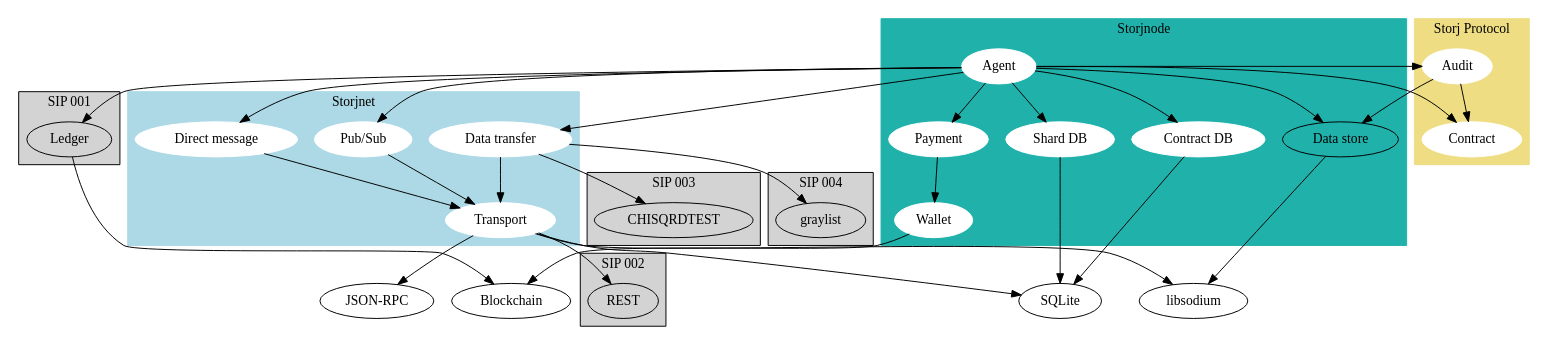
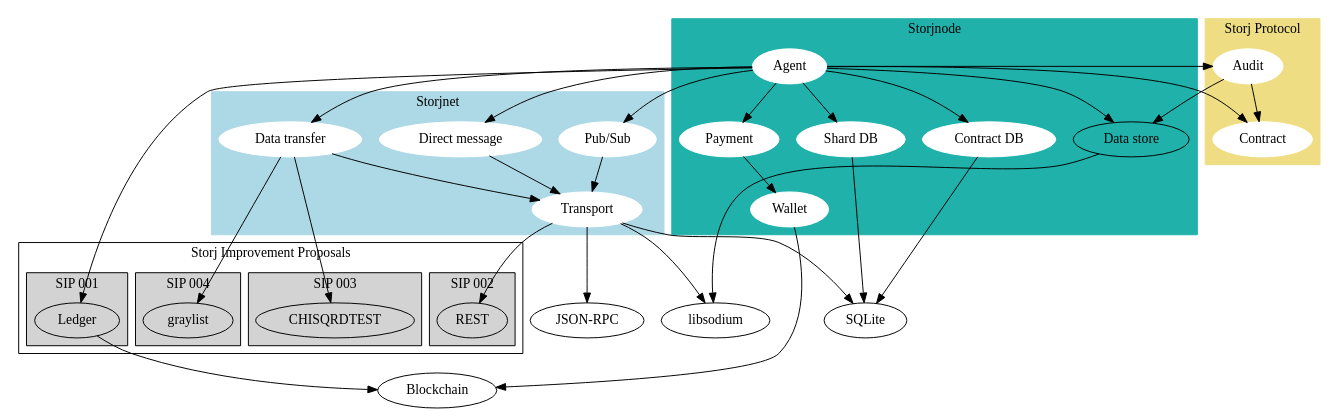
One commit to StorjOld/storjspec changed the diagram in docs/dependencies.dot. Above: the diagram before and after it, drawn with Graphviz. The commit also changed 1 other file, not shown here.

Commit message:
grouped sips in dependency graph

```diff
--- a/docs/dependencies.dot
+++ b/docs/dependencies.dot
@@ -1,115 +1,120 @@
 // syntax guide: http://www.graphviz.org/pdf/dotguide.pdf
 // compile: `dot -Tpdf dependencies.dot -o dependencies.pdf`
 
 
 digraph G {
 
     // STORJNET
     subgraph cluster_1 {
         label = "Storjnet";
         node [style=filled,color=white];
         style=filled;
         color=lightblue;
 
         "Pub/Sub"; // enable publishing and subscribing to events
         "Data transfer"; // full duplex data transfer
         "Direct message"; // to shortcut the pubsub after peer found
         "Transport"; // rpc calls and data transfer between clients
     };
     "Pub/Sub" -> "Transport";
     "Direct message" -> "Transport";
     "Data transfer" -> "Transport";
     "Transport" -> "libsodium"; // end-to-end encryption
     "Transport" -> "JSON-RPC";
     "Transport" -> "REST";
     "Transport" -> "SQLite"; // bandwidth limits
     "Data transfer" -> CHISQRDTEST;
     "Data transfer" -> graylist;
 
     // STORJ PROTOCOL
     subgraph cluster_2 {
         label = "Storj Protocol";
         node [style=filled,color=white];
         style=filled;
         color=lightgoldenrod;
 
         "Contract"; // terms of a storage contract between peers
         "Audit"; // track state of a contract over time
     };
     "Audit" -> "Contract"; // when/how to perform the audit
     "Audit" -> "Data store"; // perform audit challange
 
     // STORJNODE
     subgraph cluster_3 {
         label = "Storjnode";
         node [style=filled,color=white];
         style=filled;
         color=lightseagreen;
 
         "Agent"; // for sending/receiving of funds for services used 
         "Data store"; // store data on drives
         "Payment";
         "Wallet";
         "Shard DB"; // Store mapping of files + keys to shards
         "Contract DB"; // Store contracts
     };
     "Agent" -> "Shard DB";
     "Agent" -> "Contract DB";
     "Shard DB" -> "SQLite";
     "Contract DB" -> "SQLite";
     "Data store" -> "libsodium"; // data is encrypted before stored
     "Payment" -> "Wallet";
     "Wallet" -> "Blockchain";
     "Agent" -> "Direct message";
     "Agent" -> "Audit"; // perform audits
     "Agent" -> "Contract"; // verify agreed to use/provide a service
     "Agent" -> "Ledger"; // verify service was used/provided
     "Agent" -> "Payment"; // transfer funds
     "Agent" -> "Pub/Sub"; // ask/bid on contracts
     "Agent" -> "Data store"; // store data according to contract
     "Agent" -> "Data transfer"; // pull data from other agent
 
-    // SIP 001
-    subgraph cluster_4 {
-        label = "SIP 001";
-        node [style=filled,color=white];
-        style=filled;
+    subgraph cluster_8 {
+        label = "Storj Improvement Proposals";
 
-        "Ledger"; // read/write historic events
+        // SIP 001
+        subgraph cluster_4 {
+            label = "SIP 001";
+            node [style=filled,color=white];
+            style=filled;
+
+            "Ledger"; // read/write historic events
+        }
+
+        // SIP 002
+        subgraph cluster_5 {
+            label = "SIP 002";
+            node [style=filled,color=white];
+            style=filled;
+
+            "REST"; // put/get shards
+        }
+
+        // SIP 003
+        subgraph cluster_6 {
+            label = "SIP 003";
+            node [style=filled,color=white];
+            style=filled;
+
+            CHISQRDTEST;
+        }
+
+        // SIP 004
+        subgraph cluster_7 {
+            label = "SIP 004";
+            node [style=filled,color=white];
+            style=filled;
+
+            graylist;
+        }
+
     }
     "Ledger" -> "Blockchain";
-
-    // SIP 002
-    subgraph cluster_5 {
-        label = "SIP 002";
-        node [style=filled,color=white];
-        style=filled;
-
-        "REST"; // put/get shards
-    }
-
-    // SIP 003
-    subgraph cluster_6 {
-        label = "SIP 003";
-        node [style=filled,color=white];
-        style=filled;
-
-        CHISQRDTEST;
-    }
-
-    // SIP 004
-    subgraph cluster_7 {
-        label = "SIP 004";
-        node [style=filled,color=white];
-        style=filled;
-
-        graylist;
-    }
 
     // EXTERNAL
     "libsodium"; // for encryption/signing
     "SQLite";
     "Blockchain";
     "JSON-RPC";
 
 }
```
